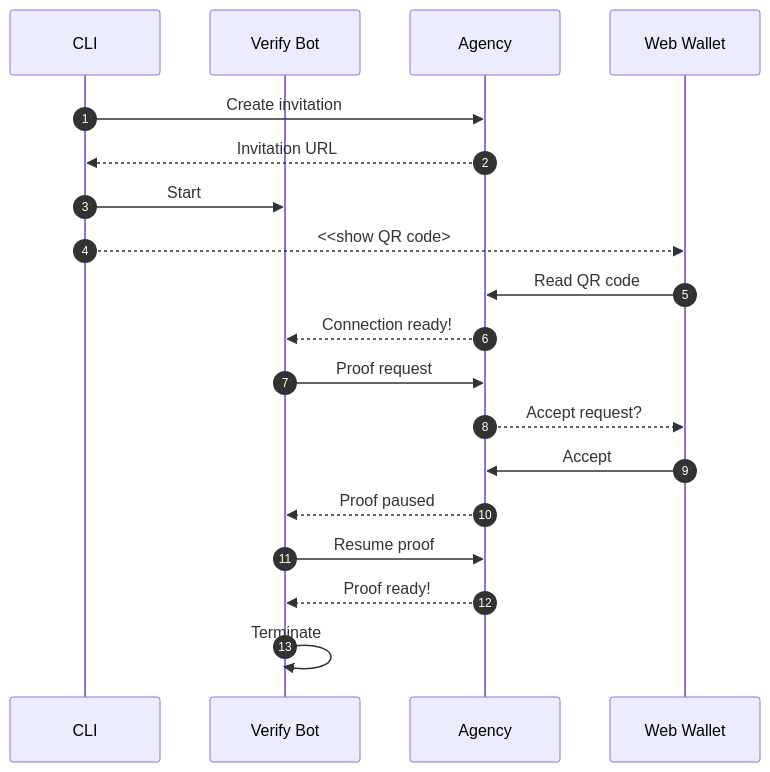
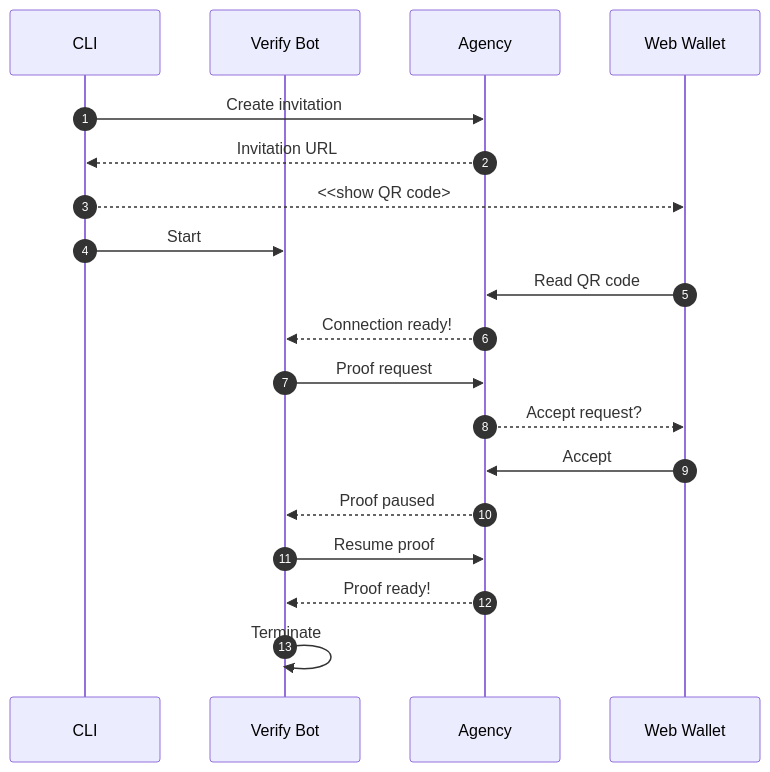
The third of 3 diagrams in cli/README.md (findy-network/identity-hackathon-2023), drawn with Mermaid before and after one commit. The commit also changed other lines of this file, not shown here.

````diff
--- a/cli/README.md
+++ b/cli/README.md
@@ -50,22 +50,22 @@
 ```mermaid
 sequenceDiagram
   autonumber
     participant CLI
     participant Verify Bot
     participant Agency
     participant Web Wallet
 
     CLI->>Agency: Create invitation
     Agency-->>CLI: Invitation URL
+    CLI-->>Web Wallet: <<show QR code>
     CLI->>Verify Bot: Start
-    CLI-->>Web Wallet: <<show QR code>
     Web Wallet->>Agency: Read QR code
     Agency-->>Verify Bot: Connection ready!
     Verify Bot->>Agency: Proof request
     Agency-->>Web Wallet: Accept request?
     Web Wallet->>Agency: Accept
     Agency-->>Verify Bot: Proof paused
     Verify Bot->>Agency: Resume proof
     Agency-->>Verify Bot: Proof ready!
     Verify Bot->>Verify Bot: Terminate
 ```
````
